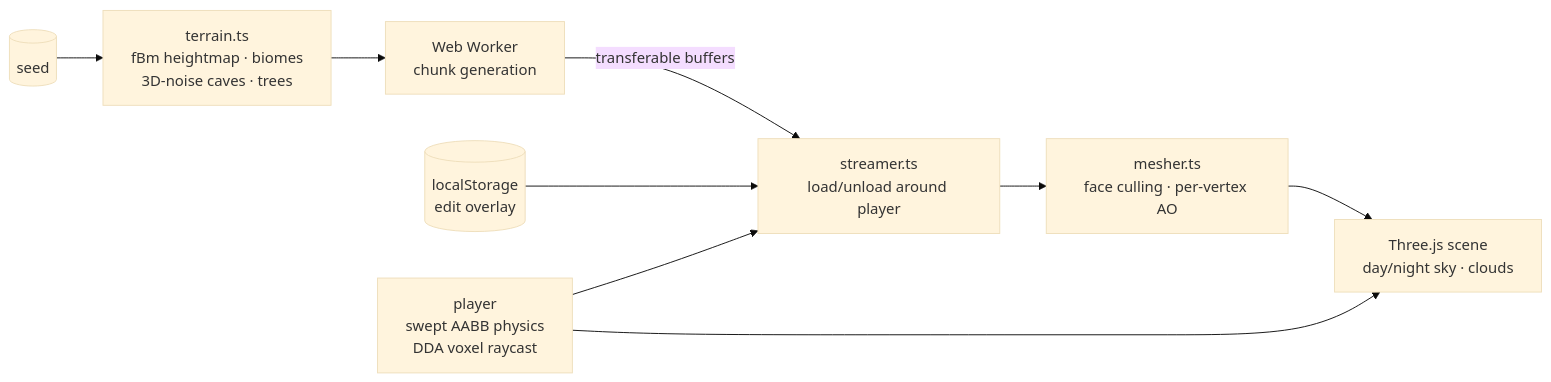
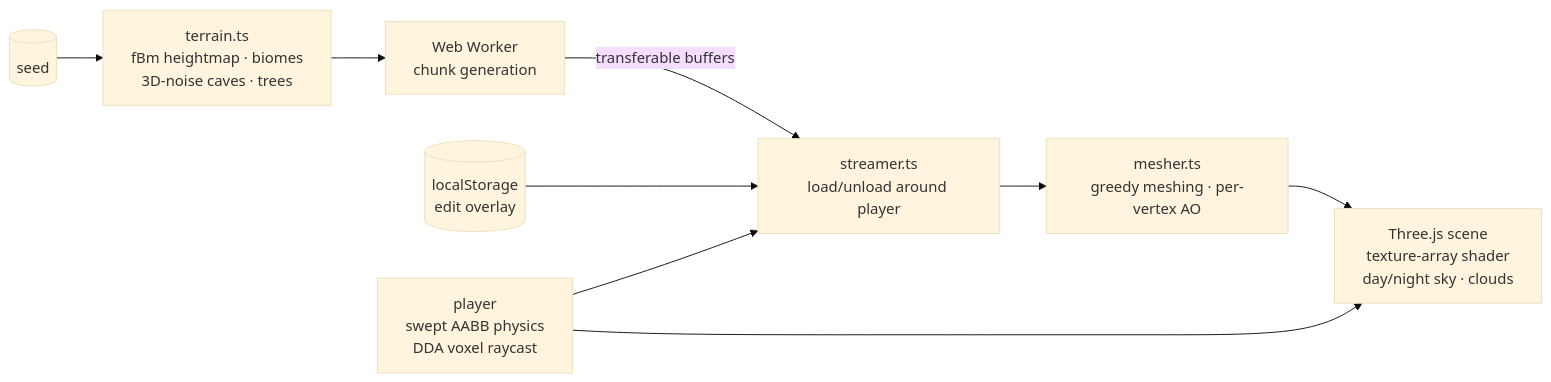
Before and after one commit to Vincent-P-essy/minecraft-clone: the diagram in README.md, drawn with Mermaid (base theme). The commit also changed other lines of this file and 10 other files, not shown here.

````diff
--- a/README.md
+++ b/README.md
@@ -50,11 +50,11 @@
 ```mermaid
 flowchart LR
     S[("seed")] --> T["terrain.ts<br/>fBm heightmap · biomes<br/>3D-noise caves · trees"]
     T --> W["Web Worker<br/>chunk generation"]
     W -->|transferable buffers| ST["streamer.ts<br/>load/unload around player"]
     E[("localStorage<br/>edit overlay")] --> ST
-    ST --> M["mesher.ts<br/>face culling · per-vertex AO"]
-    M --> R["Three.js scene<br/>day/night sky · clouds"]
+    ST --> M["mesher.ts<br/>greedy meshing · per-vertex AO"]
+    M --> R["Three.js scene<br/>texture-array shader<br/>day/night sky · clouds"]
     P["player<br/>swept AABB physics<br/>DDA voxel raycast"] --> ST
     P --> R
 ```
````
